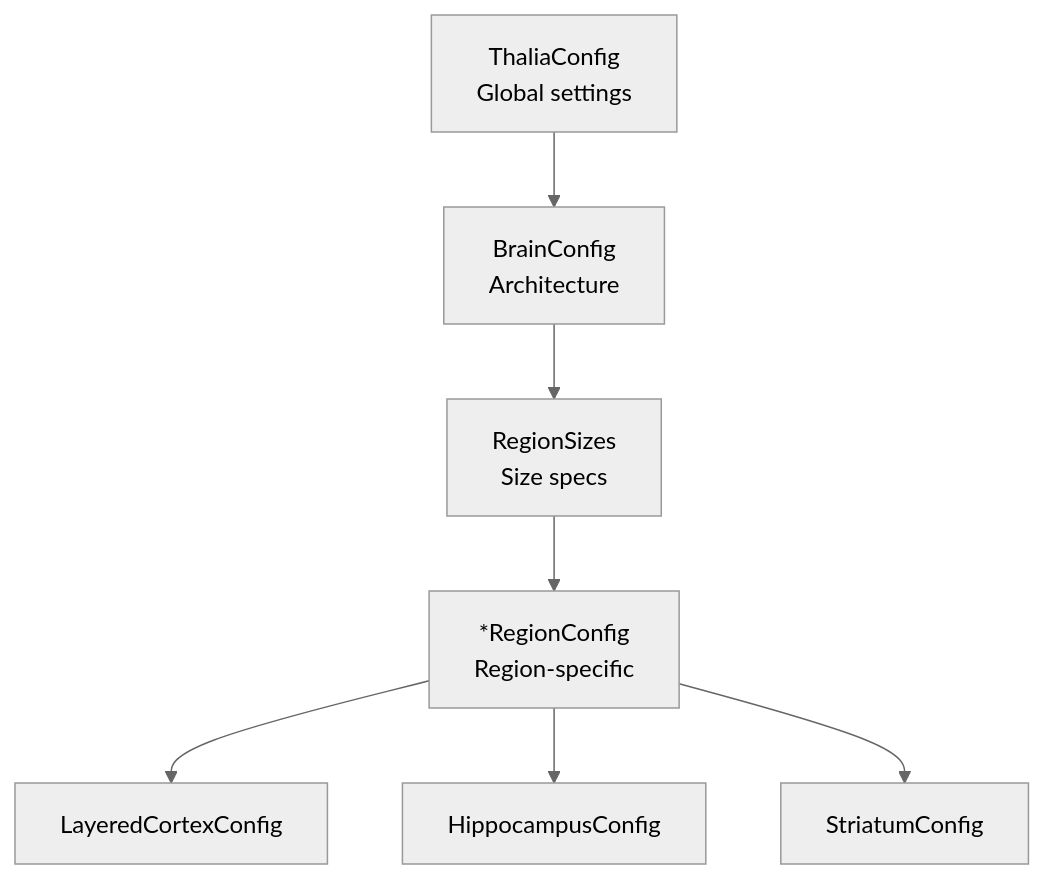
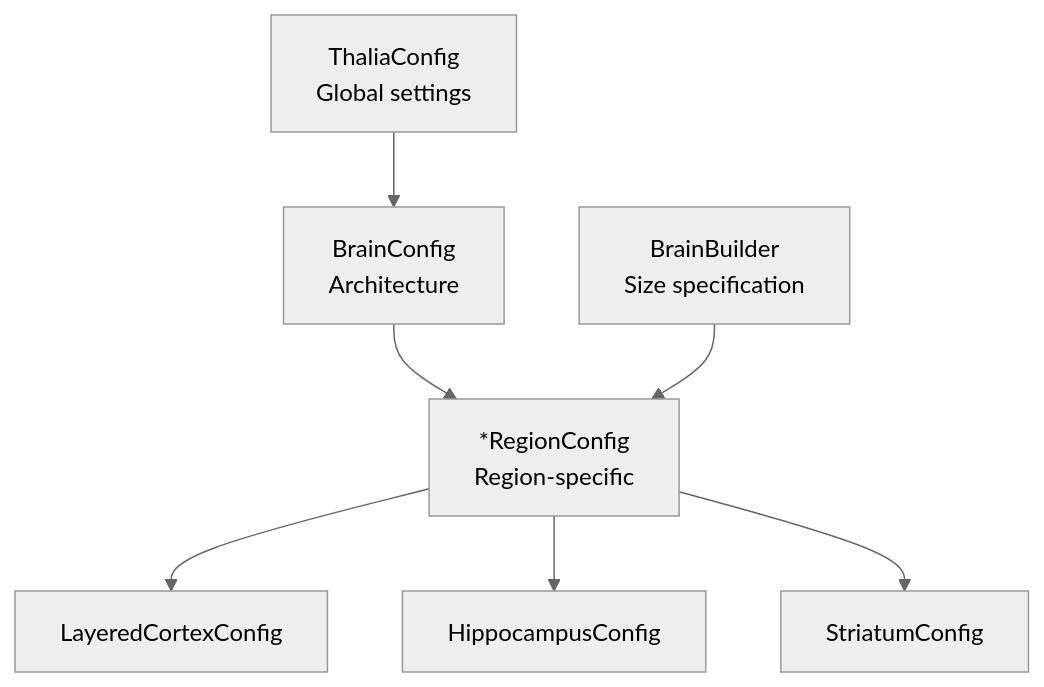
One commit to kevin-heitfeld/thalia changed the seventh of 7 diagrams in docs/api/ARCHITECTURE_GUIDE.md. Above: the diagram before and after it, drawn with Mermaid (neutral theme). The commit also changed other lines of this file and 92 other files, not shown here.

````diff
--- a/docs/api/ARCHITECTURE_GUIDE.md
+++ b/docs/api/ARCHITECTURE_GUIDE.md
@@ -198,14 +198,14 @@
 ```mermaid
 graph TD
     Global[ThaliaConfig<br/>Global settings]
     Brain[BrainConfig<br/>Architecture]
-    Regions[RegionSizes<br/>Size specs]
     Regional[*RegionConfig<br/>Region-specific]
+    Builder[BrainBuilder<br/>Size specification]
 
     Global --> Brain
-    Brain --> Regions
-    Regions --> Regional
+    Brain --> Regional
+    Builder --> Regional
     Regional --> Cortex[LayeredCortexConfig]
     Regional --> Hippo[HippocampusConfig]
     Regional --> Stri[StriatumConfig]
 ```
````
